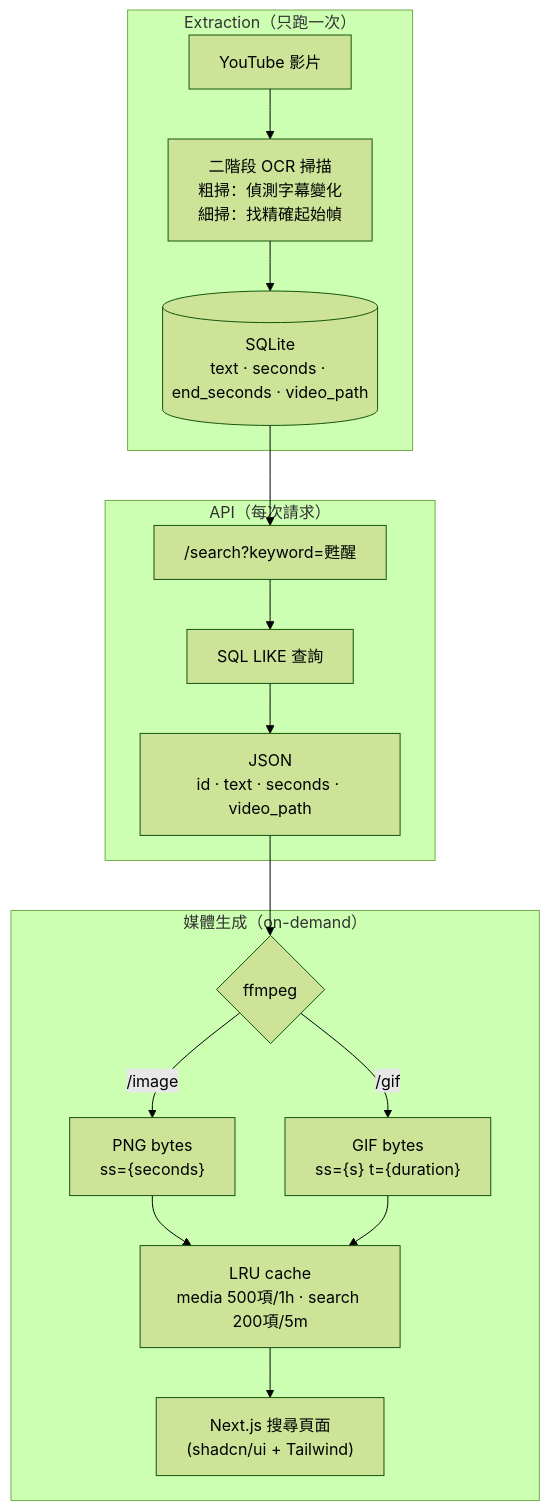
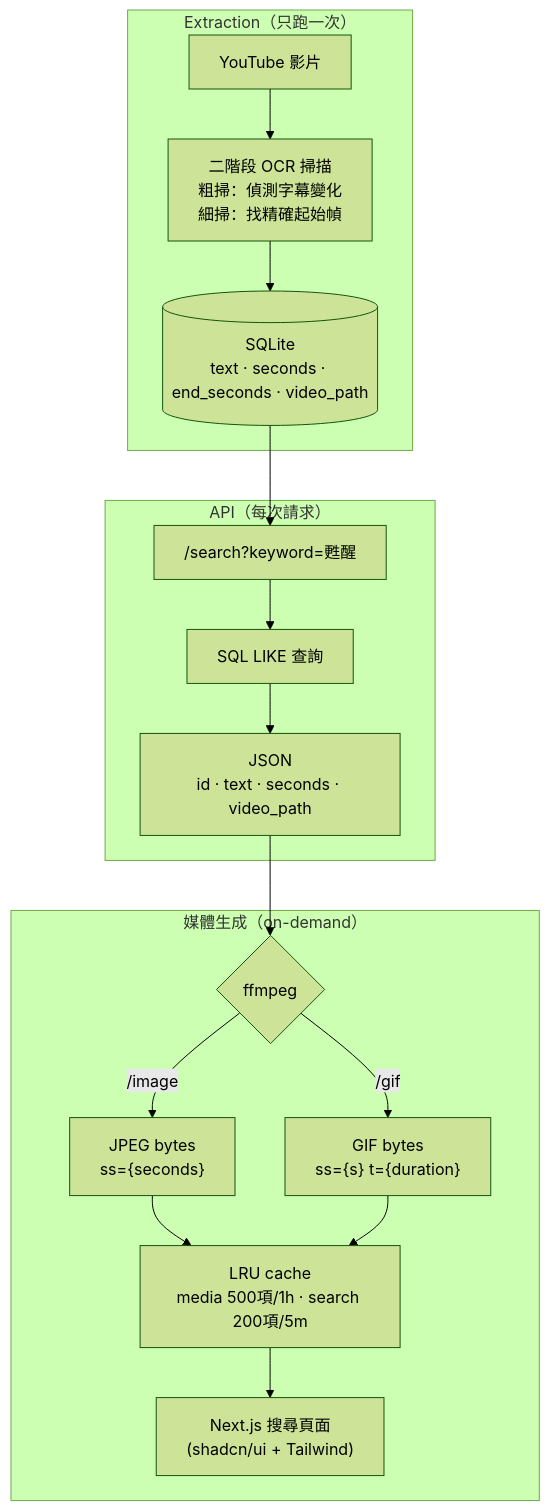
One commit to alaner652/alaner652-portfolio-2026 changed the second of 2 diagrams in src/content/blog/redesigning-avemujicabot.mdx. Above: the diagram before and after it, drawn with Mermaid (forest theme). The commit also changed other lines of this file, not shown here.

````diff
--- a/src/content/blog/redesigning-avemujicabot.mdx
+++ b/src/content/blog/redesigning-avemujicabot.mdx
@@ -248,23 +248,23 @@
 ```mermaid
 flowchart TD
     subgraph extract["Extraction（只跑一次）"]
         YT[YouTube 影片] --> OCR["二階段 OCR 掃描\n粗掃：偵測字幕變化\n細掃：找精確起始幀"]
         OCR --> DB[("SQLite\ntext · seconds · end_seconds · video_path")]
     end
 
     subgraph api["API（每次請求）"]
         Q["/search?keyword=甦醒"] --> SQL["SQL LIKE 查詢"]
         SQL --> RES["JSON\nid · text · seconds · video_path"]
     end
 
     subgraph gen["媒體生成（on-demand）"]
         RES --> FFMPEG{ffmpeg}
-        FFMPEG -->|"/image"| PNG["PNG bytes\nss={seconds}"]
+        FFMPEG -->|"/image"| PNG["JPEG bytes\nss={seconds}"]
         FFMPEG -->|"/gif"| GIF["GIF bytes\nss={s} t={duration}"]
         PNG --> LRU["LRU cache\nmedia 500項/1h · search 200項/5m"]
         GIF --> LRU
         LRU --> WEB["Next.js 搜尋頁面\n(shadcn/ui + Tailwind)"]
     end
 
     DB --> Q
 ```
````
